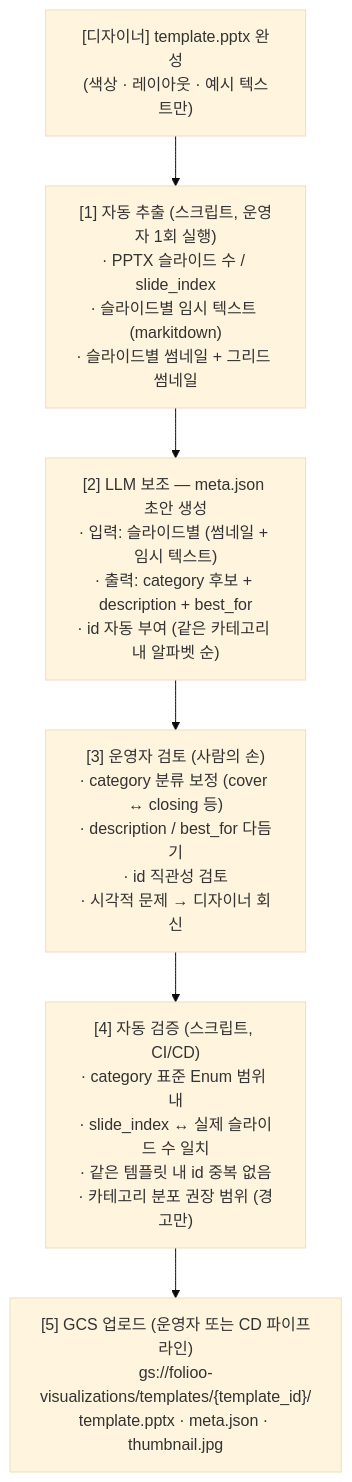
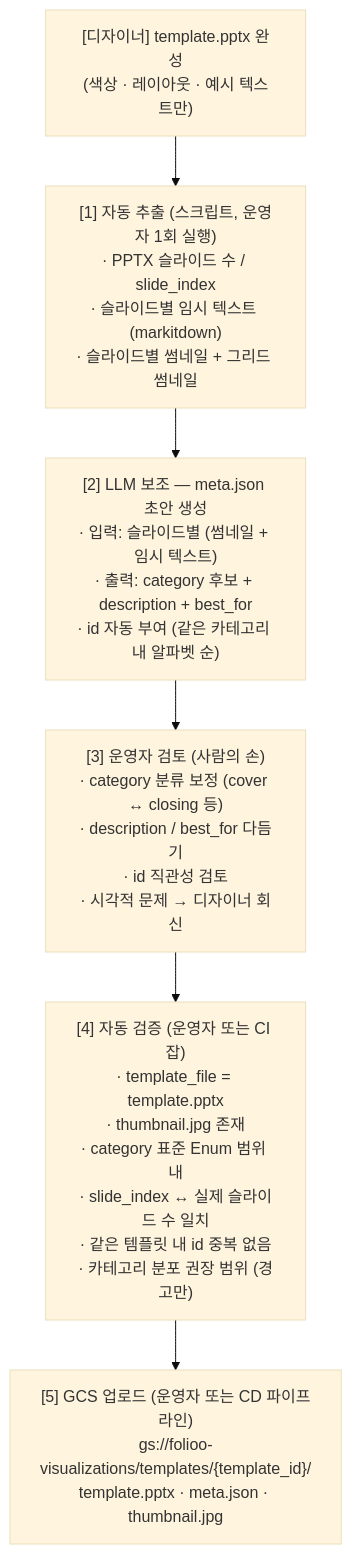
Before and after one commit to Teamie71/folioo-ai: the diagram in docs/architecture/template-system.md, drawn with Mermaid (base theme). The commit also changed other lines of this file and 3 other files, not shown here.

````diff
--- a/docs/architecture/template-system.md
+++ b/docs/architecture/template-system.md
@@ -144,9 +145,9 @@
 ```mermaid
 flowchart TD
     D["[디자이너] template.pptx 완성<br/>(색상 · 레이아웃 · 예시 텍스트만)"]
     D --> S1["[1] 자동 추출 (스크립트, 운영자 1회 실행)<br/>· PPTX 슬라이드 수 / slide_index<br/>· 슬라이드별 임시 텍스트 (markitdown)<br/>· 슬라이드별 썸네일 + 그리드 썸네일"]
     S1 --> S2["[2] LLM 보조 — meta.json 초안 생성<br/>· 입력: 슬라이드별 (썸네일 + 임시 텍스트)<br/>· 출력: category 후보 + description + best_for<br/>· id 자동 부여 (같은 카테고리 내 알파벳 순)"]
     S2 --> S3["[3] 운영자 검토 (사람의 손)<br/>· category 분류 보정 (cover ↔ closing 등)<br/>· description / best_for 다듬기<br/>· id 직관성 검토<br/>· 시각적 문제 → 디자이너 회신"]
-    S3 --> S4["[4] 자동 검증 (스크립트, CI/CD)<br/>· category 표준 Enum 범위 내<br/>· slide_index ↔ 실제 슬라이드 수 일치<br/>· 같은 템플릿 내 id 중복 없음<br/>· 카테고리 분포 권장 범위 (경고만)"]
+    S3 --> S4["[4] 자동 검증 (운영자 또는 CI 잡)<br/>· template_file = template.pptx<br/>· thumbnail.jpg 존재<br/>· category 표준 Enum 범위 내<br/>· slide_index ↔ 실제 슬라이드 수 일치<br/>· 같은 템플릿 내 id 중복 없음<br/>· 카테고리 분포 권장 범위 (경고만)"]
     S4 --> S5["[5] GCS 업로드 (운영자 또는 CD 파이프라인)<br/>gs://folioo-visualizations/templates/{template_id}/<br/>template.pptx · meta.json · thumbnail.jpg"]
 ```
````
